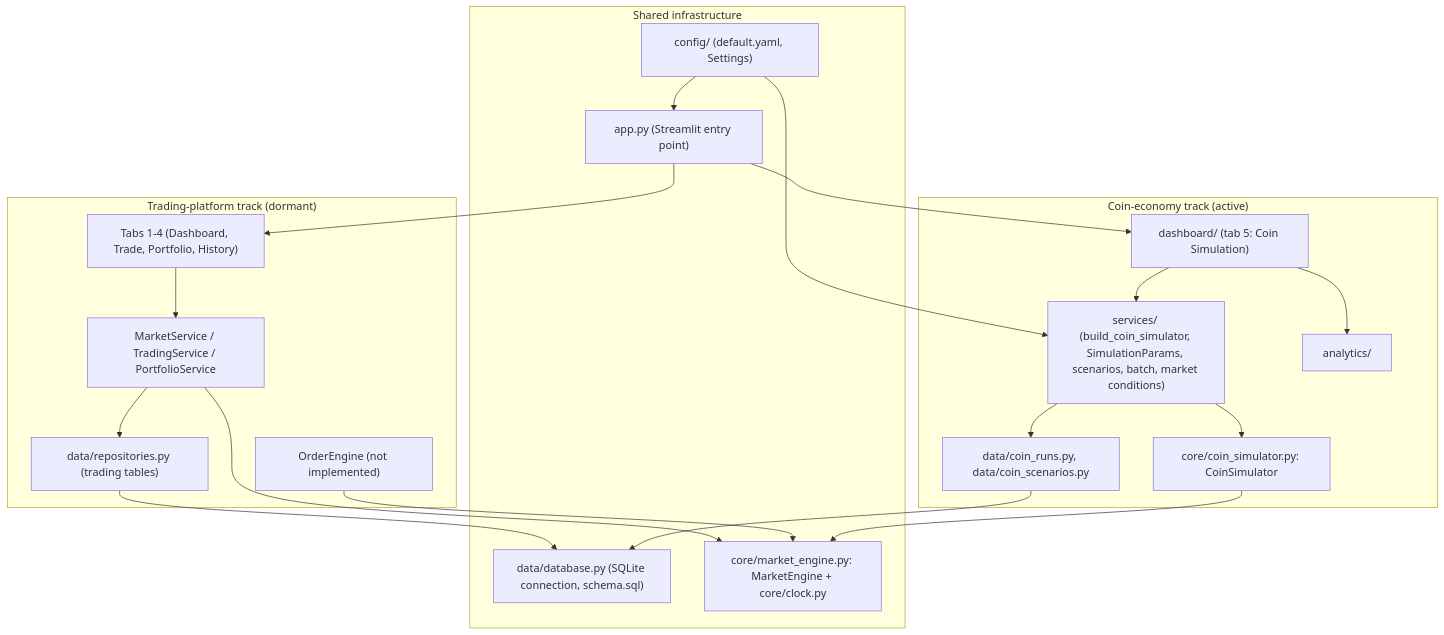
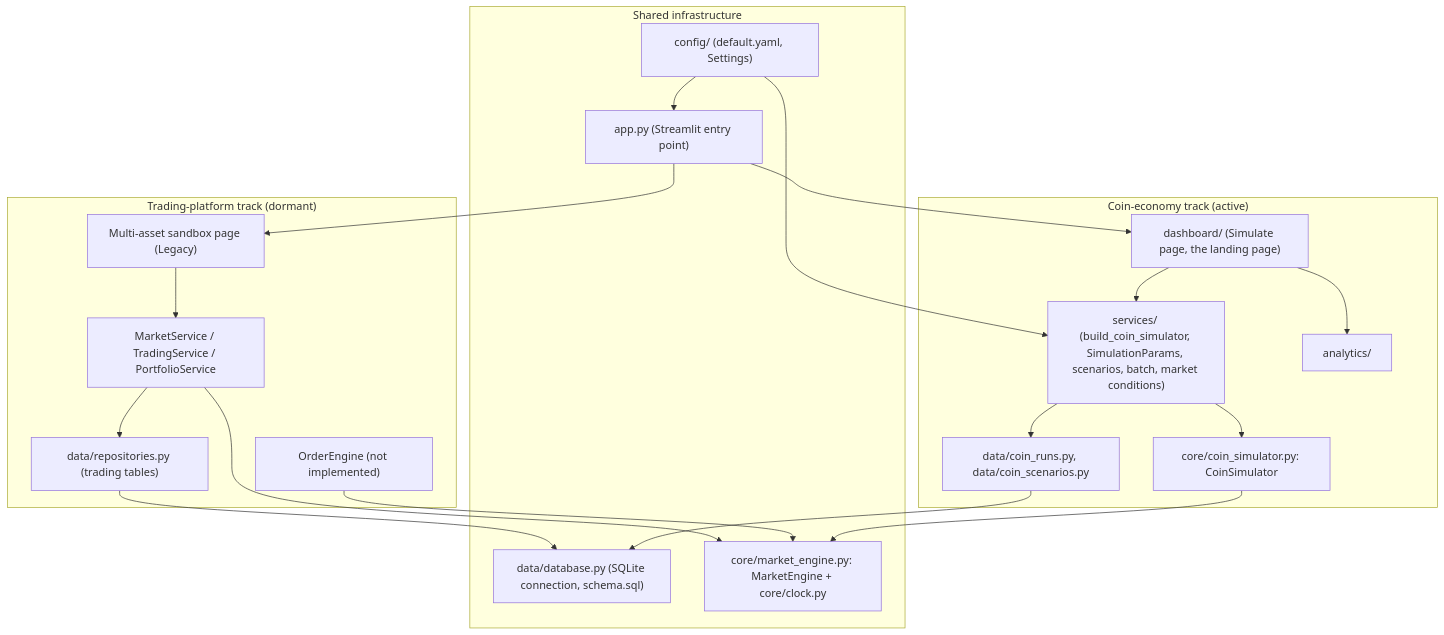
Before and after one commit to jdgiron12/crypto-simulator: the first of 2 diagrams in docs/ARCHITECTURE.md, drawn with Mermaid. The commit also changed other lines of this file and 8 other files, not shown here.

````diff
--- a/docs/ARCHITECTURE.md
+++ b/docs/ARCHITECTURE.md
@@ -45,37 +45,37 @@
 ```mermaid
 flowchart TB
     subgraph shared["Shared infrastructure"]
         CFG["config/ (default.yaml, Settings)"]
         DB["data/database.py (SQLite connection, schema.sql)"]
         APP["app.py (Streamlit entry point)"]
         ME["core/market_engine.py: MarketEngine + core/clock.py"]
     end
 
     subgraph dormant["Trading-platform track (dormant)"]
         MS["MarketService / TradingService / PortfolioService"]
         OE["OrderEngine (not implemented)"]
         REPO["data/repositories.py (trading tables)"]
-        TABS["Tabs 1-4 (Dashboard, Trade, Portfolio, History)"]
+        TABS["Multi-asset sandbox page (Legacy)"]
     end
 
     subgraph active["Coin-economy track (active)"]
         SVC["services/ (build_coin_simulator, SimulationParams, scenarios, batch, market conditions)"]
         SIM["core/coin_simulator.py: CoinSimulator"]
         AN["analytics/"]
-        DASH["dashboard/ (tab 5: Coin Simulation)"]
+        DASH["dashboard/ (Simulate page, the landing page)"]
         CR["data/coin_runs.py, data/coin_scenarios.py"]
     end
 
     APP --> TABS
     APP --> DASH
     TABS --> MS --> REPO --> DB
     MS --> ME
     OE --> ME
     SVC --> SIM
     SIM --> ME
     DASH --> SVC
     DASH --> AN
     SVC --> CR --> DB
     CFG --> SVC
     CFG --> APP
 ```
````
